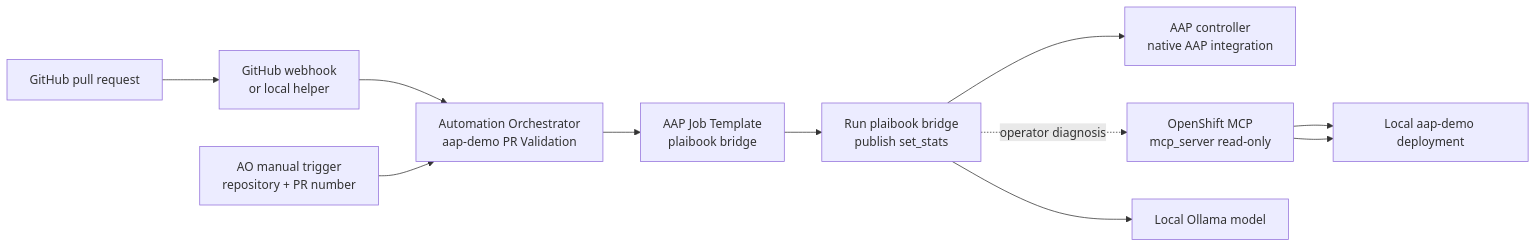
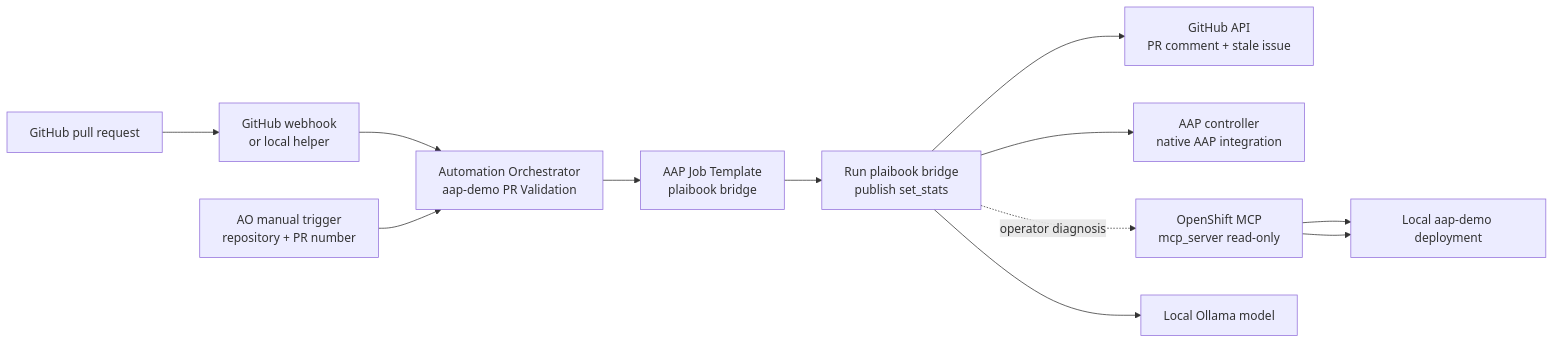
Before and after one commit to RedHatOfficial/aap-demo: the diagram in docs/adr/024-ao-pr-testing-addon.md, drawn with Mermaid. The commit also changed other lines of this file and 4 other files, not shown here.

````diff
--- a/docs/adr/024-ao-pr-testing-addon.md
+++ b/docs/adr/024-ao-pr-testing-addon.md
@@ -122,24 +130,26 @@
 ```mermaid
 flowchart LR
     PR[GitHub pull request]
     WEBHOOK[GitHub webhook<br/>or local helper]
     MANUAL[AO manual trigger<br/>repository + PR number]
 
     AO[Automation Orchestrator<br/>aap-demo PR Validation]
     PLAIBOOK[AAP Job Template<br/>plaibook bridge]
     BRIDGE[Run plaibook bridge<br/>publish set_stats]
+    GITHUB[GitHub API<br/>PR comment + stale issue]
     AAP[AAP controller<br/>native AAP integration]
     OCP[OpenShift MCP<br/>mcp_server read-only]
     CLUSTER[Local aap-demo deployment]
     LLM[Local Ollama model]
 
     PR --> WEBHOOK
     WEBHOOK --> AO
     MANUAL --> AO
     AO --> PLAIBOOK --> BRIDGE
     BRIDGE --> AAP
     BRIDGE --> LLM
+    BRIDGE --> GITHUB
     OCP --> CLUSTER
     BRIDGE -. operator diagnosis .-> OCP
     OCP --> CLUSTER
 ```
````
